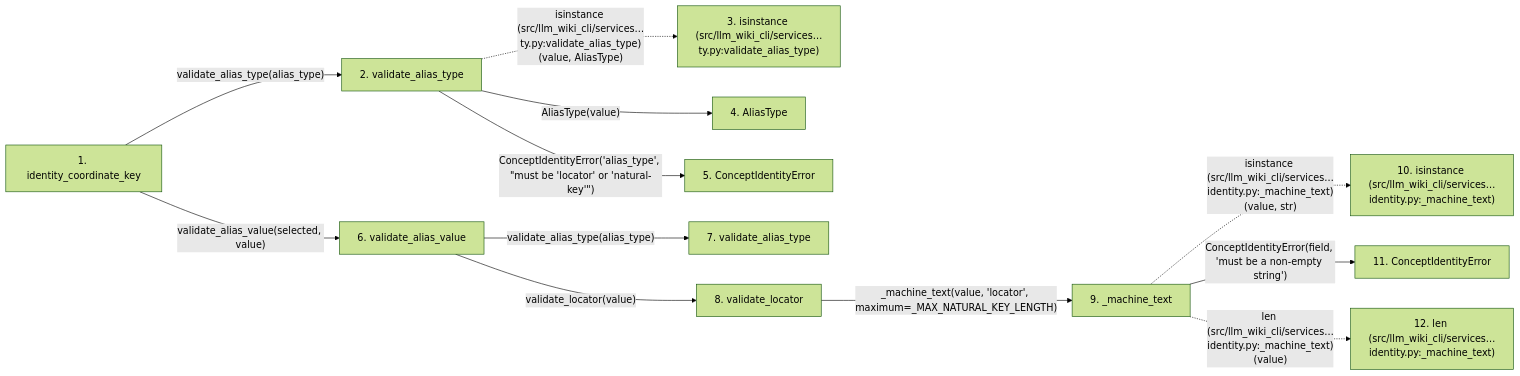
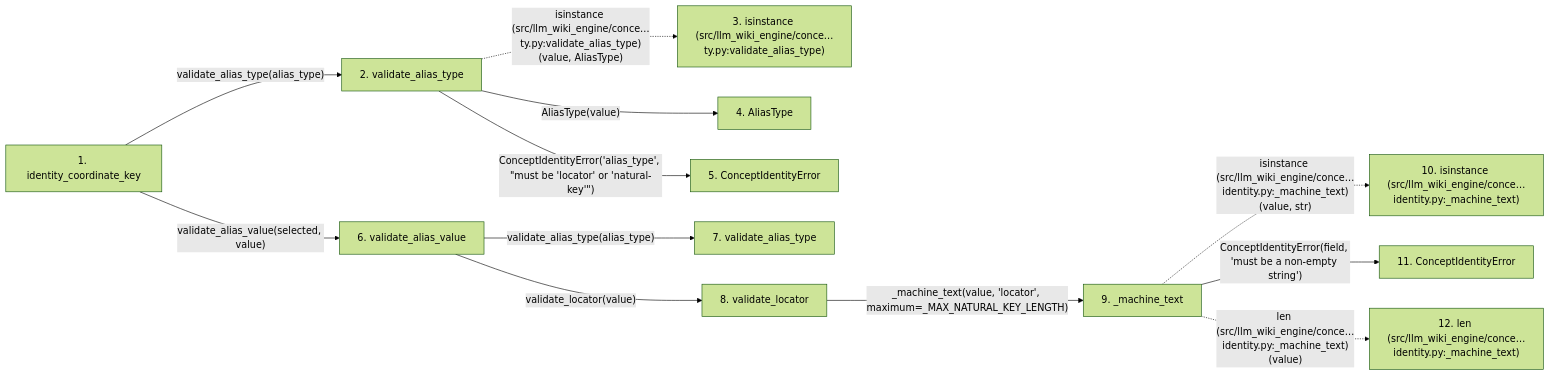
Before and after one commit to Denissvgn/python-wiki-llm: the second of 2 diagrams in docs/llm_wiki/flows/api-identity_coordinate_key.md, drawn with Mermaid (forest theme). The commit also changed other lines of this file and 1103 other files, not shown here.

First line of the commit message:
docs: refresh the wiki for the llm-wiki-engine distribution

````diff
--- a/docs/llm_wiki/flows/api-identity_coordinate_key.md
+++ b/docs/llm_wiki/flows/api-identity_coordinate_key.md
@@ -126,35 +126,35 @@
 ```mermaid
 flowchart LR
     s1["1. identity_coordinate_key"]
     s2["2. validate_alias_type"]
-    s3["3. isinstance (src/llm_wiki_cli/services…ty.py:validate_alias_type)"]
+    s3["3. isinstance (src/llm_wiki_engine/conce…ty.py:validate_alias_type)"]
     s4["4. AliasType"]
     s5["5. ConceptIdentityError"]
     s6["6. validate_alias_value"]
     s7["7. validate_alias_type"]
     s8["8. validate_locator"]
     s9["9. _machine_text"]
-    s10["10. isinstance (src/llm_wiki_cli/services…identity.py:_machine_text)"]
+    s10["10. isinstance (src/llm_wiki_engine/conce…identity.py:_machine_text)"]
     s11["11. ConceptIdentityError"]
-    s12["12. len (src/llm_wiki_cli/services…identity.py:_machine_text)"]
+    s12["12. len (src/llm_wiki_engine/conce…identity.py:_machine_text)"]
     s1 -->|"validate_alias_type(alias_type)"| s2
-    s2 -. "isinstance (src/llm_wiki_cli/services…ty.py:validate_alias_type)(value, AliasType)" .-> s3
+    s2 -. "isinstance (src/llm_wiki_engine/conce…ty.py:validate_alias_type)(value, AliasType)" .-> s3
     s2 -->|"AliasType(value)"| s4
     s2 -->|"ConceptIdentityError('alias_type', #34;must be 'locator' or 'natural-key'#34;)"| s5
     s1 -->|"validate_alias_value(selected, value)"| s6
     s6 -->|"validate_alias_type(alias_type)"| s7
     s6 -->|"validate_locator(value)"| s8
     s8 -->|"_machine_text(value, 'locator', maximum=_MAX_NATURAL_KEY_LENGTH)"| s9
-    s9 -. "isinstance (src/llm_wiki_cli/services…identity.py:_machine_text)(value, str)" .-> s10
+    s9 -. "isinstance (src/llm_wiki_engine/conce…identity.py:_machine_text)(value, str)" .-> s10
     s9 -->|"ConceptIdentityError(field, 'must be a non-empty string')"| s11
-    s9 -. "len (src/llm_wiki_cli/services…identity.py:_machine_text)(value)" .-> s12
+    s9 -. "len (src/llm_wiki_engine/conce…identity.py:_machine_text)(value)" .-> s12
     click s1 "../modules/concept_identity.md"
     click s2 "../modules/concept_identity.md"
     click s4 "../modules/concept_identity.md"
     click s5 "../modules/concept_identity.md"
     click s6 "../modules/concept_identity.md"
     click s7 "../modules/concept_identity.md"
     click s8 "../modules/concept_identity.md"
     click s9 "../modules/concept_identity.md"
     click s11 "../modules/concept_identity.md"
 ```
````
